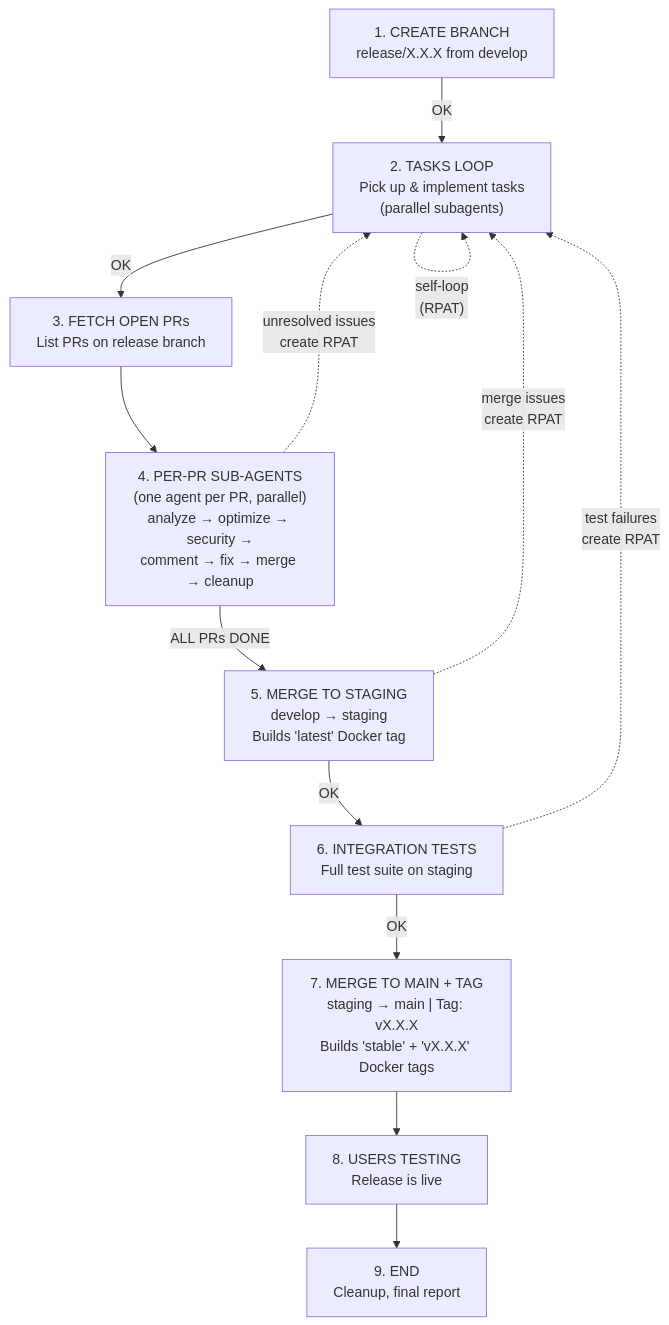
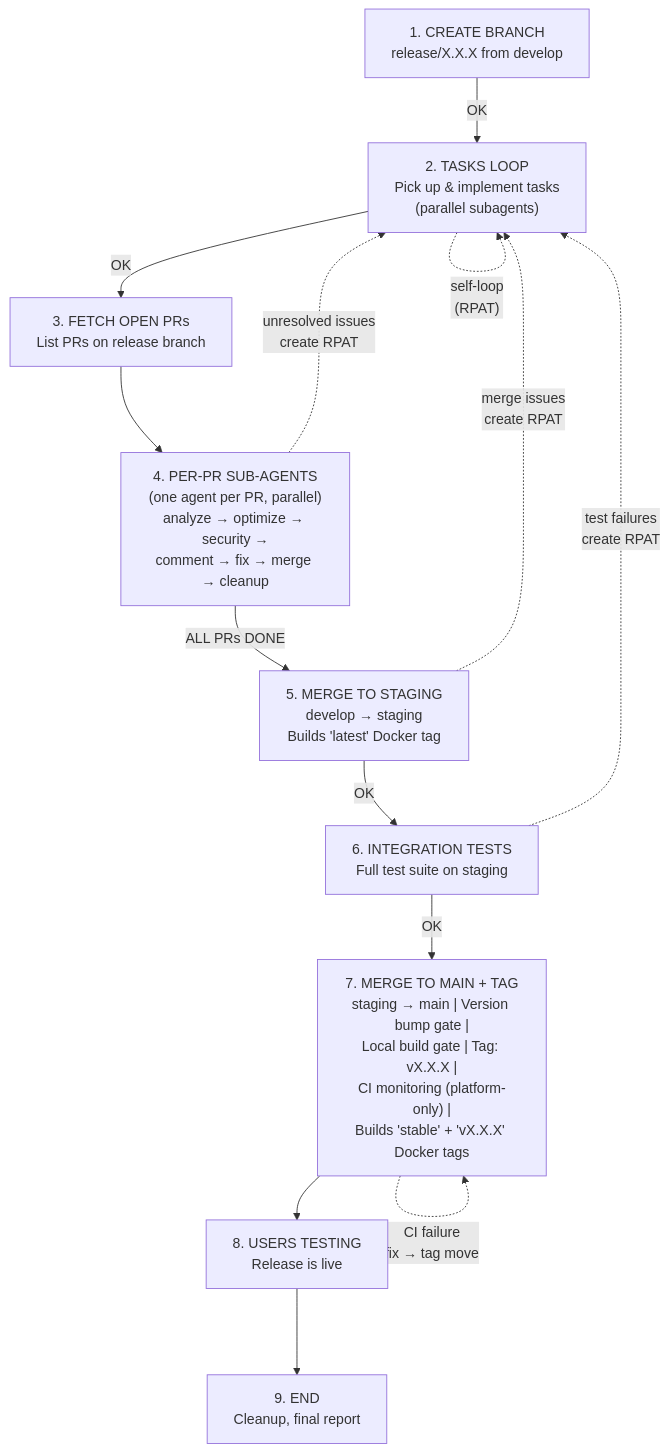
The third of 4 diagrams in README.md (dnviti/codeclaw), drawn with Mermaid before and after one commit. The commit also changed other lines of this file and 5 other files, not shown here.

First line of the commit message:
feat: add local build gate, version bump gate, and post-tag CI monitoring to release pipeline

````diff
--- a/README.md
+++ b/README.md
@@ -101,26 +103,27 @@
 ```mermaid
 flowchart TD
     S1["1. CREATE BRANCH<br>release/X.X.X from develop"]
     S2["2. TASKS LOOP<br>Pick up & implement tasks<br>(parallel subagents)"]
     S3["3. FETCH OPEN PRs<br>List PRs on release branch"]
     S4["4. PER-PR SUB-AGENTS<br>(one agent per PR, parallel)<br>analyze → optimize → security →<br>comment → fix → merge → cleanup"]
     S5["5. MERGE TO STAGING<br>develop → staging<br>Builds 'latest' Docker tag"]
     S6["6. INTEGRATION TESTS<br>Full test suite on staging"]
-    S7["7. MERGE TO MAIN + TAG<br>staging → main | Tag: vX.X.X<br>Builds 'stable' + 'vX.X.X' Docker tags"]
+    S7["7. MERGE TO MAIN + TAG<br>staging → main | Version bump gate |<br>Local build gate | Tag: vX.X.X |<br>CI monitoring (platform-only) |<br>Builds 'stable' + 'vX.X.X' Docker tags"]
     S8["8. USERS TESTING<br>Release is live"]
     S9["9. END<br>Cleanup, final report"]
 
     S1 -->|OK| S2
     S2 -->|OK| S3
     S3 --> S4
     S4 -->|ALL PRs DONE| S5
     S5 -->|OK| S6
     S6 -->|OK| S7
     S7 --> S8
     S8 --> S9
 
     S2 -. "self-loop<br>(RPAT)" .-> S2
     S4 -. "unresolved issues<br>create RPAT" .-> S2
     S5 -. "merge issues<br>create RPAT" .-> S2
     S6 -. "test failures<br>create RPAT" .-> S2
+    S7 -. "CI failure<br>fix → tag move" .-> S7
 ```
````
